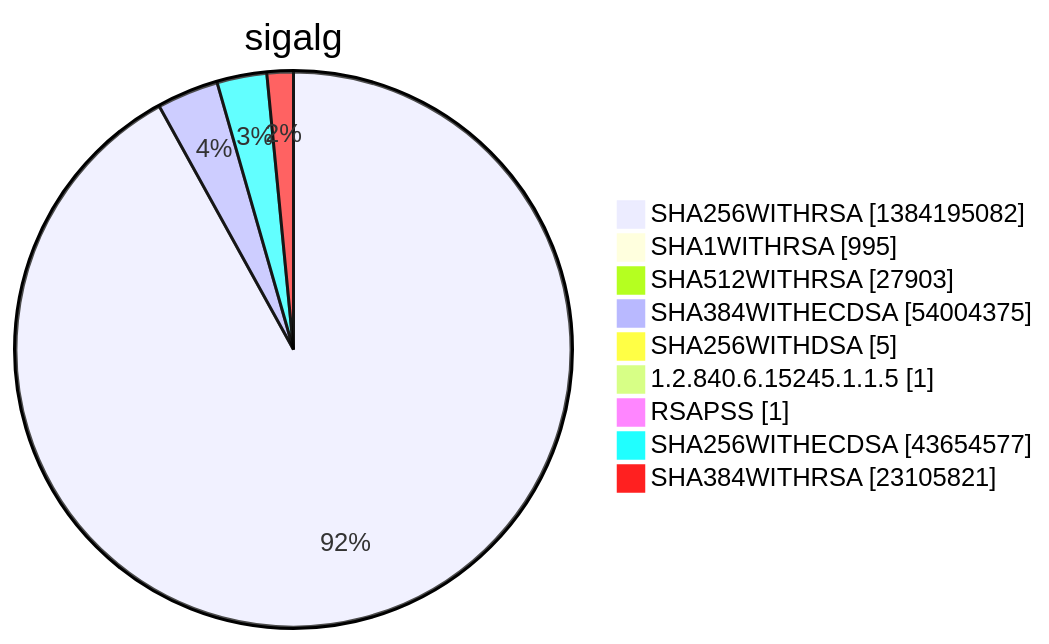
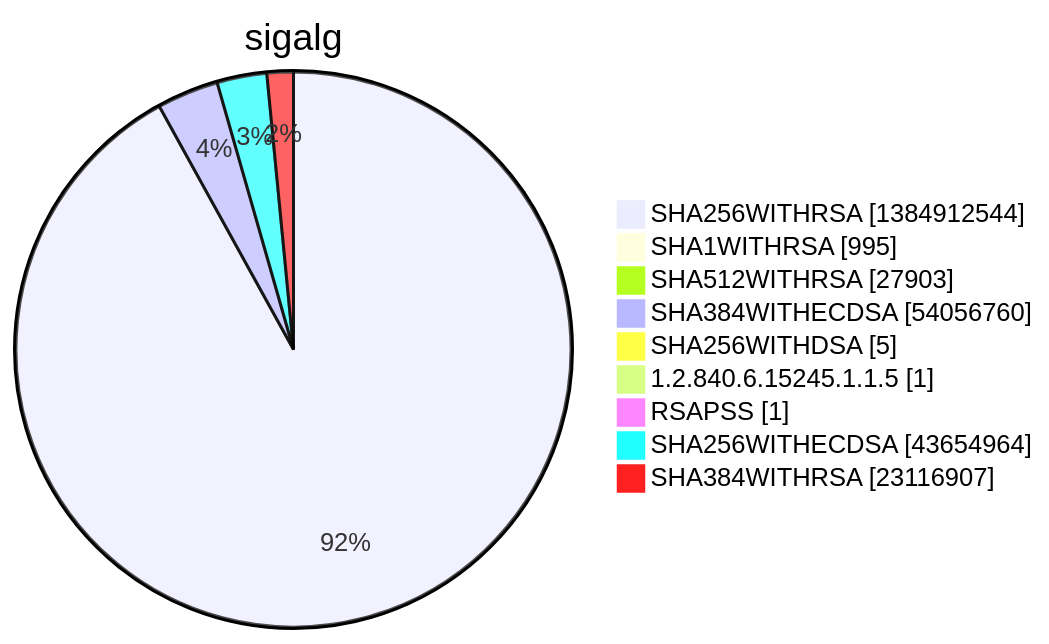
Diagram 15 of 15 in xenon2022/README.md (christiankrug/ctmonitor_visualization), drawn with Mermaid before and after one commit. The commit also changed other lines of this file, not shown here.

````diff
--- a/xenon2022/README.md
+++ b/xenon2022/README.md
@@ -5854,13 +5854,13 @@
 ```mermaid
 pie showData
 title sigalg
-"SHA256WITHRSA" :1384195082
+"SHA256WITHRSA" :1384912544
 "SHA1WITHRSA" :995
 "SHA512WITHRSA" :27903
-"SHA384WITHECDSA" :54004375
+"SHA384WITHECDSA" :54056760
 "SHA256WITHDSA" :5
 "1.2.840.6.15245.1.1.5" :1
 "RSAPSS" :1
-"SHA256WITHECDSA" :43654577
-"SHA384WITHRSA" :23105821
+"SHA256WITHECDSA" :43654964
+"SHA384WITHRSA" :23116907
 ```
````
